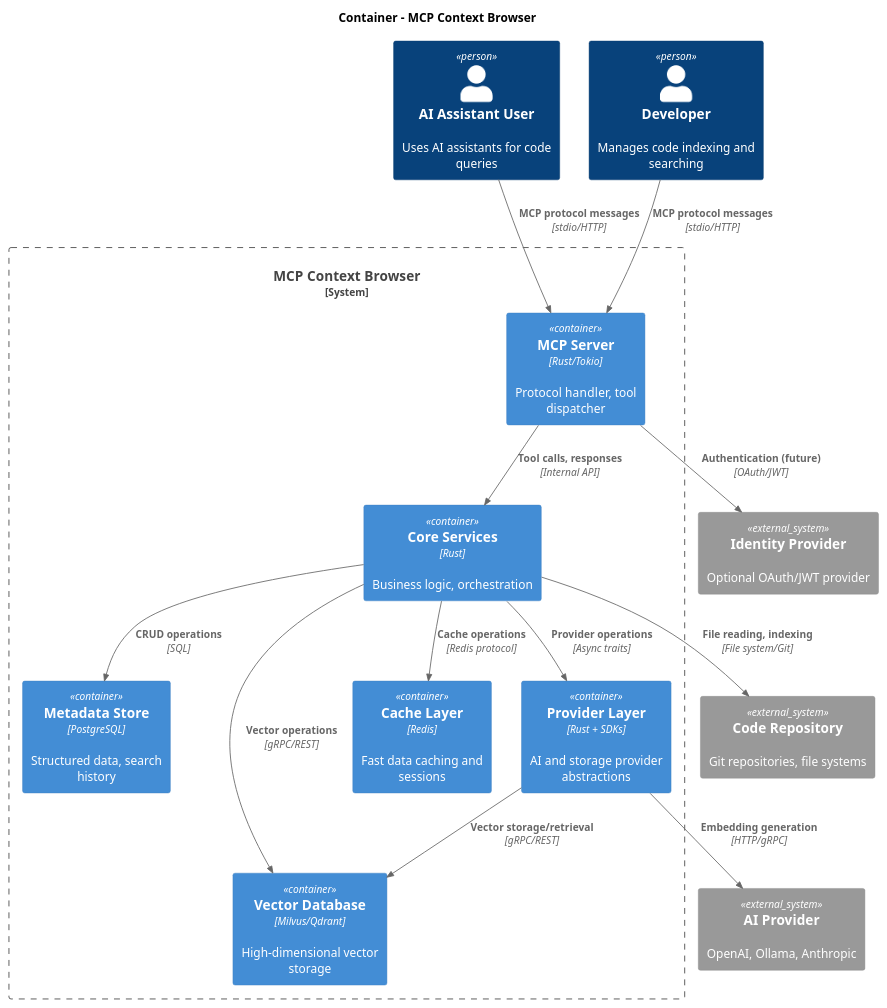
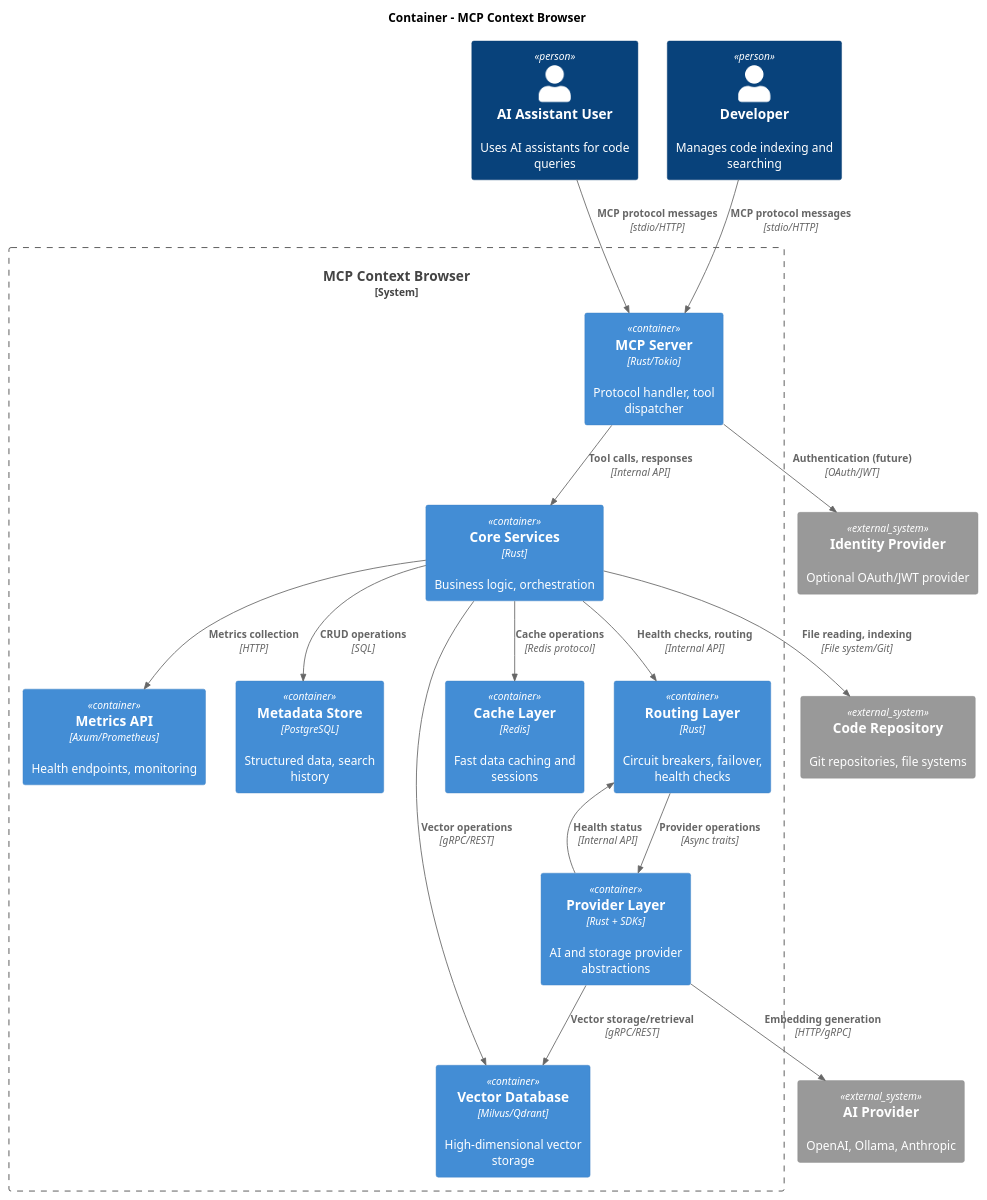
The diagram in docs/diagrams/container-architecture.puml (marlonsc/mcb), drawn with PlantUML before and after one commit. The commit also changed 135 other files, not shown here.

```diff
--- a/docs/diagrams/container-architecture.puml
+++ b/docs/diagrams/container-architecture.puml
@@ -1,38 +1,43 @@
 @startuml Container - MCP Context Browser
 !include <C4/C4_Container>
 
 title Container - MCP Context Browser
 
 Person(ai_user, "AI Assistant User", "Uses AI assistants for code queries")
 Person(developer, "Developer", "Manages code indexing and searching")
 
 System_Boundary(mcp_system, "MCP Context Browser") {
     Container(mcp_server, "MCP Server", "Rust/Tokio", "Protocol handler, tool dispatcher")
     Container(core_services, "Core Services", "Rust", "Business logic, orchestration")
     Container(provider_layer, "Provider Layer", "Rust + SDKs", "AI and storage provider abstractions")
+    Container(routing_layer, "Routing Layer", "Rust", "Circuit breakers, failover, health checks")
+    Container(metrics_api, "Metrics API", "Axum/Prometheus", "Health endpoints, monitoring")
     Container(metadata_store, "Metadata Store", "PostgreSQL", "Structured data, search history")
     Container(vector_db, "Vector Database", "Milvus/Qdrant", "High-dimensional vector storage")
     Container(cache, "Cache Layer", "Redis", "Fast data caching and sessions")
 }
 
 System_Ext(code_repository, "Code Repository", "Git repositories, file systems")
 System_Ext(ai_provider, "AI Provider", "OpenAI, Ollama, Anthropic")
 System_Ext(identity_provider, "Identity Provider", "Optional OAuth/JWT provider")
 
 Rel(ai_user, mcp_server, "MCP protocol messages", "stdio/HTTP")
 Rel(developer, mcp_server, "MCP protocol messages", "stdio/HTTP")
 
 Rel(mcp_server, core_services, "Tool calls, responses", "Internal API")
-Rel(core_services, provider_layer, "Provider operations", "Async traits")
+Rel(core_services, routing_layer, "Health checks, routing", "Internal API")
+Rel(core_services, metrics_api, "Metrics collection", "HTTP")
+Rel(routing_layer, provider_layer, "Provider operations", "Async traits")
+Rel(provider_layer, routing_layer, "Health status", "Internal API")
 Rel(core_services, metadata_store, "CRUD operations", "SQL")
 Rel(core_services, vector_db, "Vector operations", "gRPC/REST")
 Rel(core_services, cache, "Cache operations", "Redis protocol")
 
 Rel(provider_layer, ai_provider, "Embedding generation", "HTTP/gRPC")
 Rel(provider_layer, vector_db, "Vector storage/retrieval", "gRPC/REST")
 
 Rel(core_services, code_repository, "File reading, indexing", "File system/Git")
 
 Rel(mcp_server, identity_provider, "Authentication (future)", "OAuth/JWT")
 
 @enduml
```
